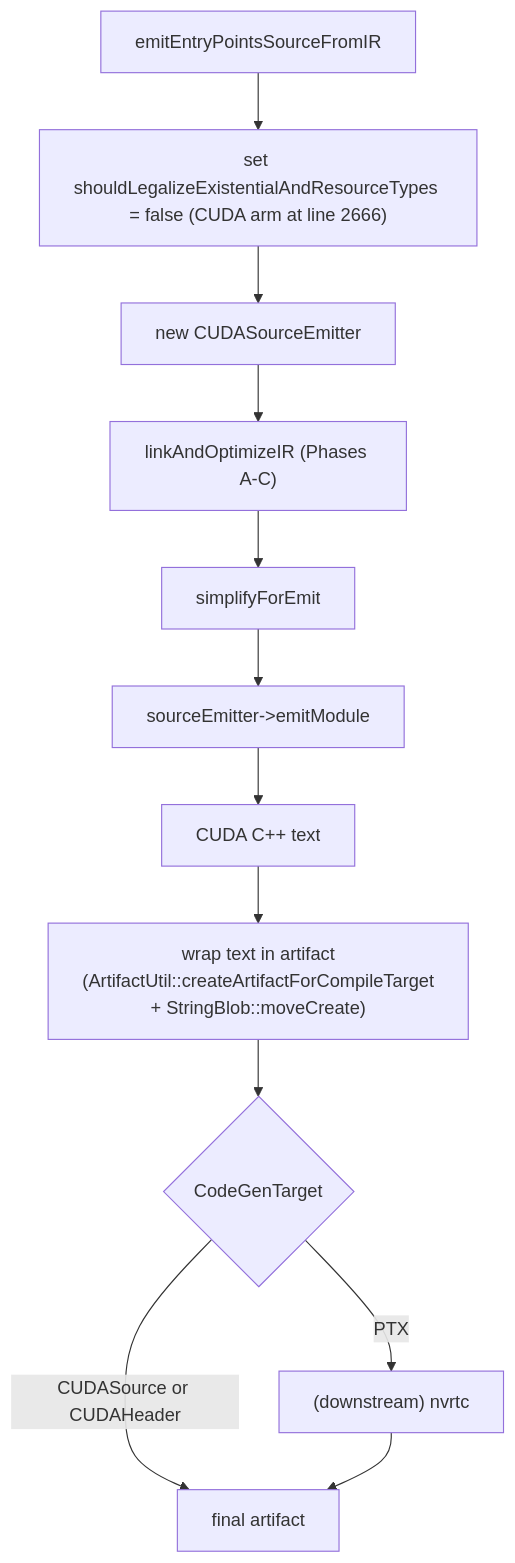
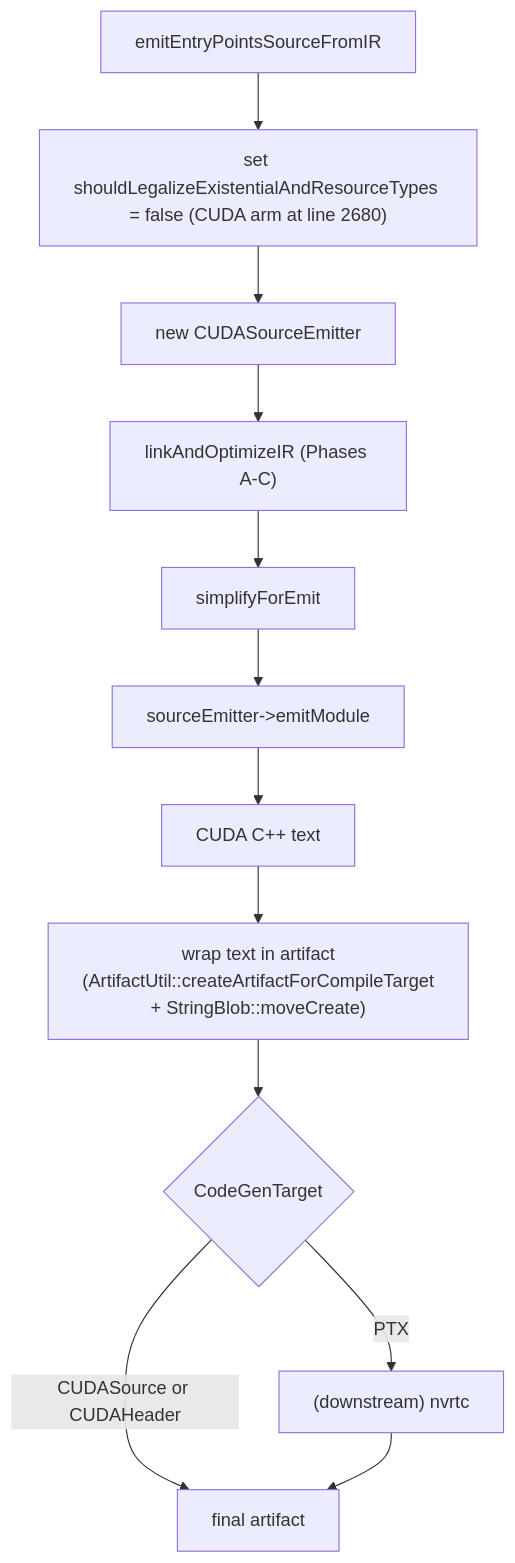
One commit to shader-slang/slang changed the fifth of 5 diagrams in docs/generated/design/target-pipelines/cuda.md. Above: the diagram before and after it, drawn with Mermaid. The commit also changed other lines of this file and 133 other files, not shown here.

````diff
--- a/docs/generated/design/target-pipelines/cuda.md
+++ b/docs/generated/design/target-pipelines/cuda.md
@@ -546,18 +552,18 @@
 ```mermaid
 flowchart TD
   ent[emitEntryPointsSourceFromIR]
-  setFlag["set shouldLegalizeExistentialAndResourceTypes = false (CUDA arm at line 2666)"]
+  setFlag["set shouldLegalizeExistentialAndResourceTypes = false (CUDA arm at line 2680)"]
   newEmit[new CUDASourceEmitter]
   linkOpt2["linkAndOptimizeIR (Phases A-C)"]
   simpForEmit[simplifyForEmit]
   emitModule[sourceEmitter->emitModule]
   textOut[CUDA C++ text]
   artifact["wrap text in artifact<br/>(ArtifactUtil::createArtifactForCompileTarget<br/>+ StringBlob::moveCreate)"]
   selectTarget{CodeGenTarget}
   nvrtc["(downstream) nvrtc"]
   done[final artifact]
 
   ent --> setFlag --> newEmit --> linkOpt2 --> simpForEmit --> emitModule --> textOut --> artifact --> selectTarget
   selectTarget -->|"CUDASource or CUDAHeader"| done
   selectTarget -->|PTX| nvrtc --> done
 ```
````
